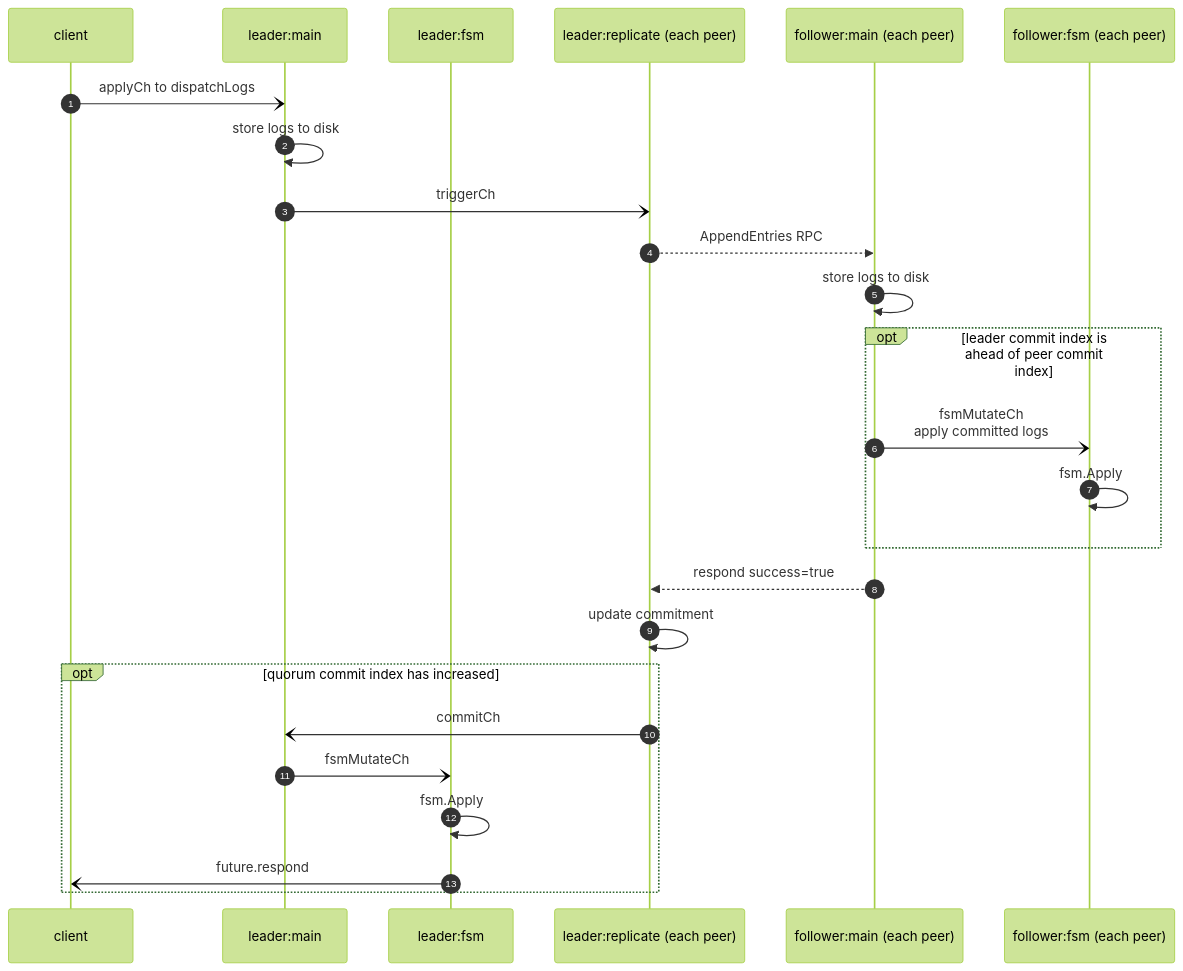
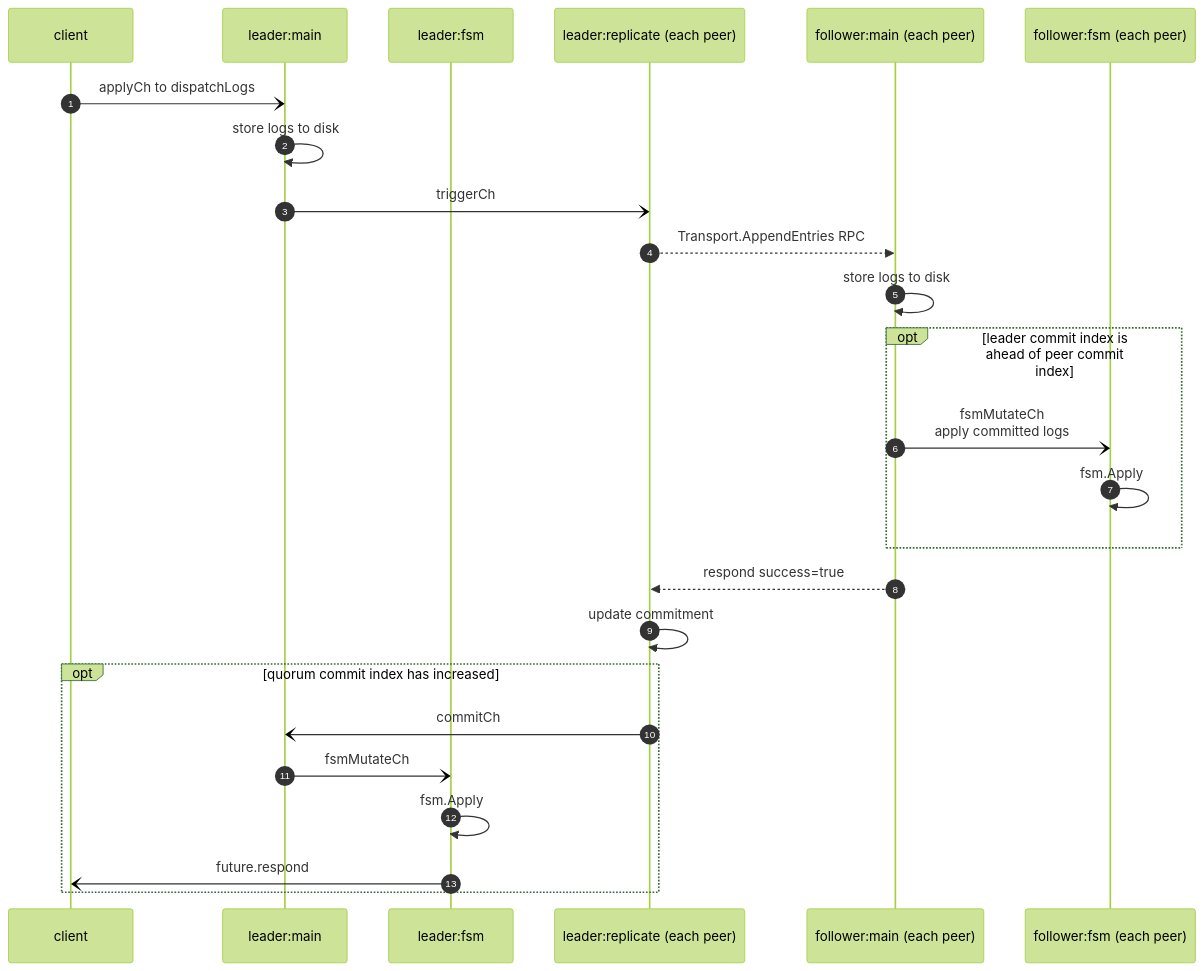
The diagram in docs/apply.md (hashicorp/raft), drawn with Mermaid (forest theme) before and after one commit. The commit also changed other lines of this file and 1 other file, not shown here.

````diff
--- a/docs/apply.md
+++ b/docs/apply.md
@@ -11,35 +12,35 @@
 ```mermaid
 sequenceDiagram
    autonumber
  
    participant client
    participant leadermain as leader:main
    participant leaderfsm as leader:fsm
    participant leaderreplicate as leader:replicate (each peer)
    participant followermain as follower:main (each peer)
    participant followerfsm as follower:fsm (each peer)
  
    client-)leadermain: applyCh to dispatchLogs
    leadermain->>leadermain: store logs to disk
  
    leadermain-)leaderreplicate: triggerCh
-   leaderreplicate-->>followermain: AppendEntries RPC
+   leaderreplicate-->>followermain: Transport.AppendEntries RPC
  
    followermain->>followermain: store logs to disk
  
    opt leader commit index is ahead of peer commit index
        followermain-)followerfsm: fsmMutateCh <br>apply committed logs
        followerfsm->>followerfsm: fsm.Apply
    end
  
    followermain-->>leaderreplicate: respond success=true
    leaderreplicate->>leaderreplicate: update commitment
  
    opt quorum commit index has increased
        leaderreplicate-)leadermain: commitCh
        leadermain-)leaderfsm: fsmMutateCh
        leaderfsm->>leaderfsm: fsm.Apply
        leaderfsm-)client: future.respond
    end
 
 ```
````
